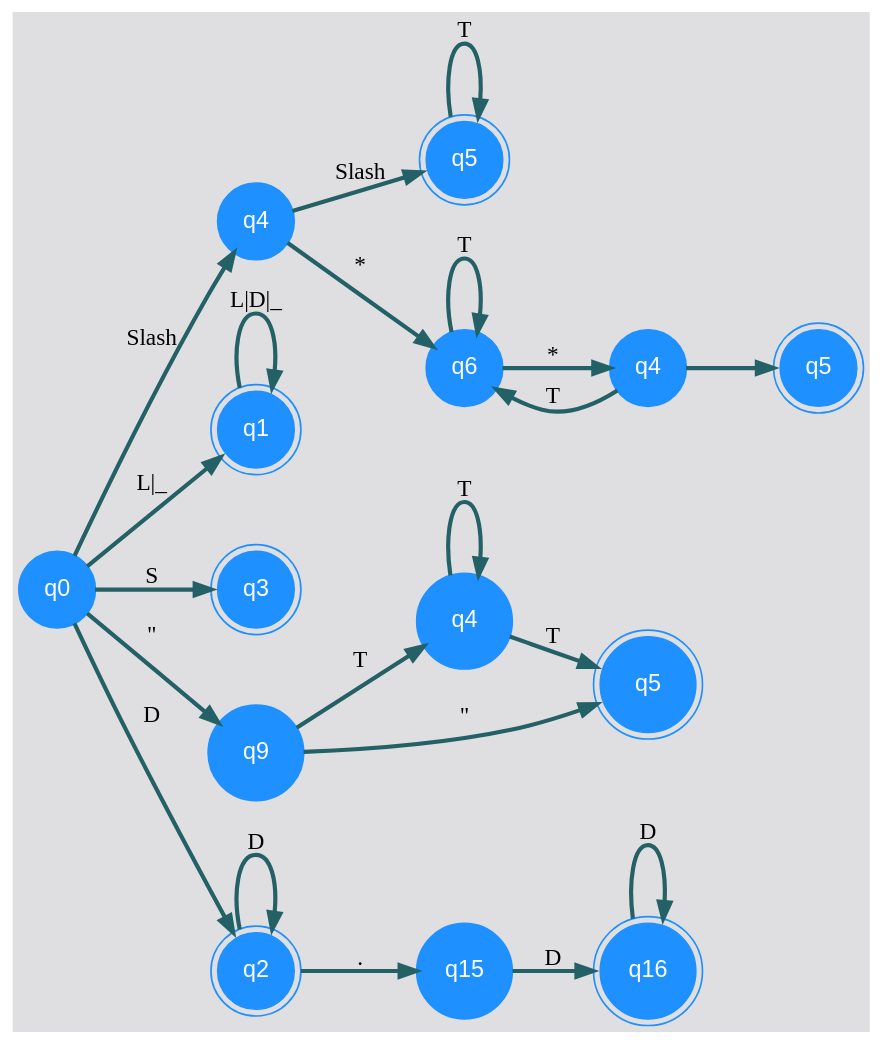
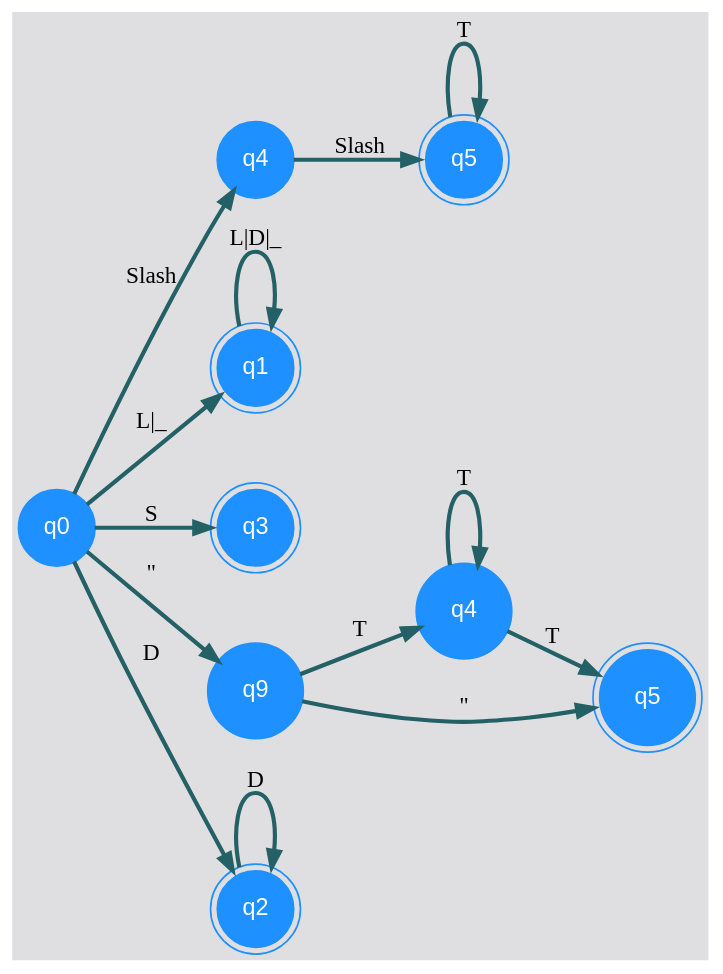
One commit to hr9457/OLC1_Proyecto1_201314296 changed the diagram in ReporteGrafico/grafo.dot. Above: the diagram before and after it, drawn with Graphviz. The commit also changed 15 other files, not shown here.

```diff
--- a/ReporteGrafico/grafo.dot
+++ b/ReporteGrafico/grafo.dot
@@ -1,42 +1,29 @@
 digraph automa {
 nodesep=0.6;
 rankdir=LR;
 bgcolor = "#DFDFE1";
 node [shape = circle, color=dodgerblue,style=filled,fontname ="helvetica" ,fontcolor=white];
 edge[penwidth=2.5, color="#246167" ,fontname ="Comic Sans MS",fontcolor=Black ]
 nodoRaiz[label="q0"];
 nodoSlash [shape=circle, label="q4"];
 nodoTodillo [shape=doublecircle, label="q5"];
 nodoRaiz->nodoSlash [label=" Slash\ "];
 nodoSlash->nodoTodillo [label=" Slash\ "];
 nodoTodillo->nodoTodillo [label=" T "];
-nodoAsterisco [shape=circle, label="q6"];
-nodoAsterisco2 [shape=circle, label="q4"];
-nodoSlashFinal [shape=doublecircle, label="q5"];
-nodoSlash->nodoAsterisco [label=" * "];
-nodoAsterisco->nodoAsterisco [label=" T "];
-nodoAsterisco->nodoAsterisco2 [label=" * "];
-nodoAsterisco2->nodoAsterisco [label=" T "];
-nodoAsterisco2->nodoSlashFinal [label=" \ "]; 
 nodoLetra[shape=doublecircle,label="q1"];
 nodoRaiz->nodoLetra[label="L|_"];
 nodoLetra->nodoLetra[label="L|D|_"];
 nodoSimbolo [shape=doublecircle, label="q3"];
 nodoRaiz->nodoSimbolo[label="S"];
 nodoComilla1 [shape=circle, label=" q9 "];
 nodoT [shape=circle, label=" q4 "];
 nodoComilla2 [shape=doublecircle, label=" q5 "];
 nodoRaiz->nodoComilla1 [label=" \" "];
 nodoComilla1->nodoT [label=" T "];
 nodoT->nodoT [label=" T "];
 nodoT->nodoComilla2 [label=" T "];
 nodoComilla1->nodoComilla2 [label=" \" "]; 
 nodoDigito[shape=doublecircle,label="q2"];
 nodoRaiz->nodoDigito[label="D"];
 nodoDigito->nodoDigito[label="D"];
-nodoPunto[shape=circle,label="q15"];
-nodoDecimal[shape=doublecircle,label="q16"];
-nodoDigito->nodoPunto[label="."];
-nodoPunto->nodoDecimal[label="D"];
-nodoDecimal->nodoDecimal[label="D"];
 }
```
